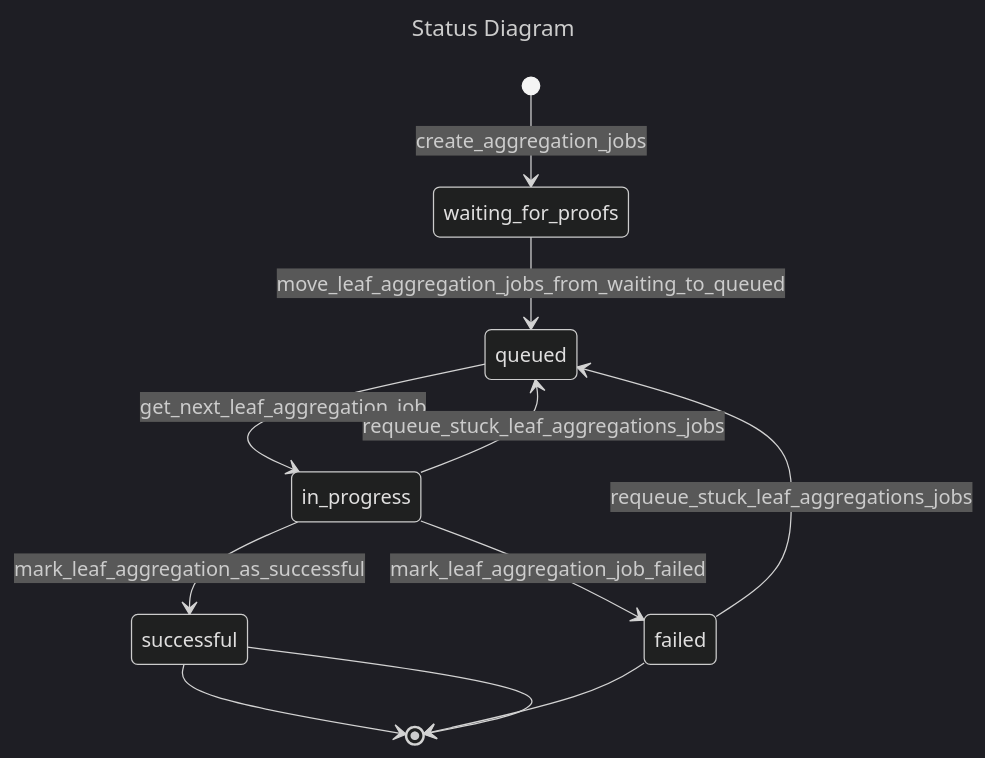
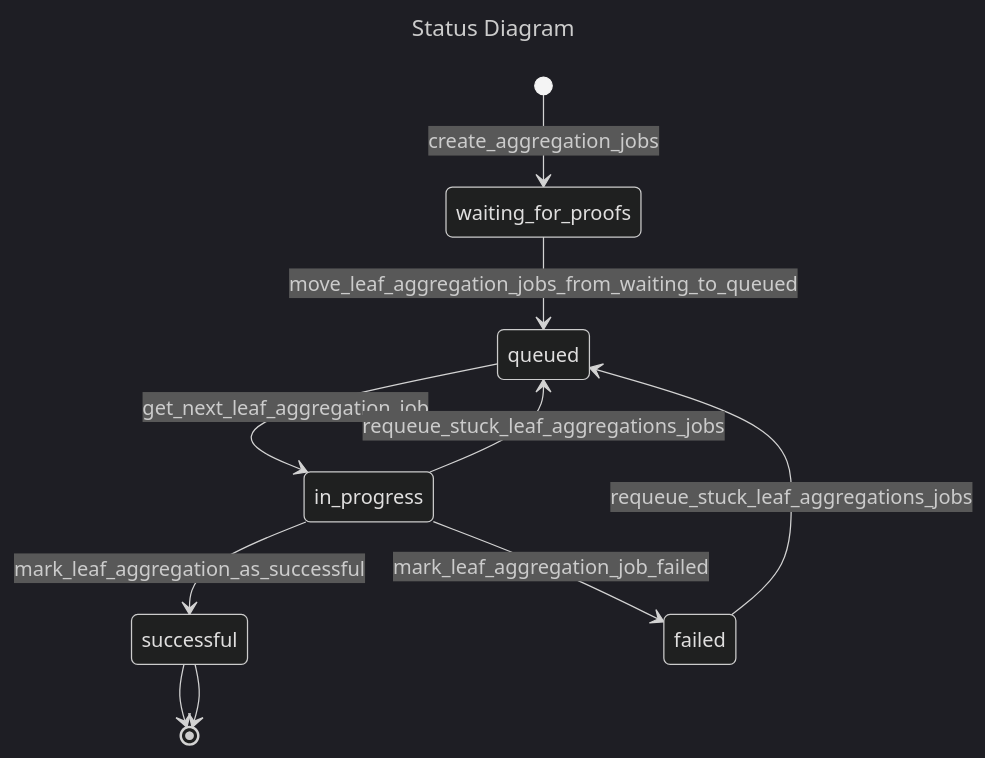
Before and after one commit to matter-labs/zksync-era: the second of 4 diagrams in core/lib/dal/doc/FriWitnessGeneratorDal.md, drawn with Mermaid (dark theme). The commit also changed other lines of this file and 2 other files, not shown here.

Commit message:
chore: opti diagram

````diff
--- a/core/lib/dal/doc/FriWitnessGeneratorDal.md
+++ b/core/lib/dal/doc/FriWitnessGeneratorDal.md
@@ -33,18 +32,17 @@
 ```mermaid
 ---
 title: Status Diagram
 ---
 stateDiagram-v2
 [*] --> waiting_for_proofs : create_aggregation_jobs
 waiting_for_proofs --> queued : move_leaf_aggregation_jobs_from_waiting_to_queued
 queued --> in_progress : get_next_leaf_aggregation_job
 in_progress --> successful : mark_leaf_aggregation_as_successful
 successful --> [*] 
 in_progress --> failed : mark_leaf_aggregation_job_failed
-failed --> [*]
 failed --> queued : requeue_stuck_leaf_aggregations_jobs
 in_progress --> queued : requeue_stuck_leaf_aggregations_jobs
 
 successful --> [*]
 
 ```
````
